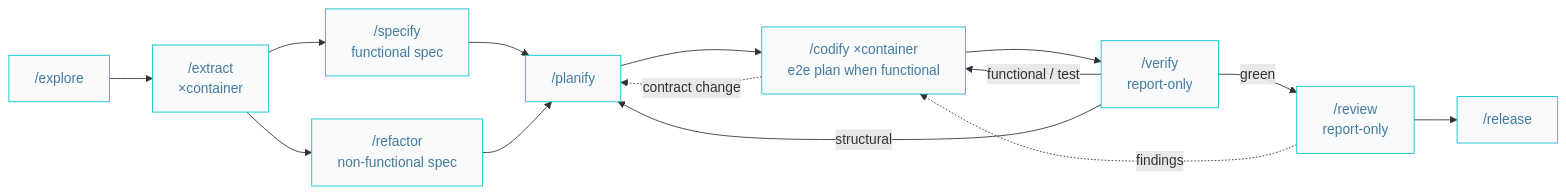
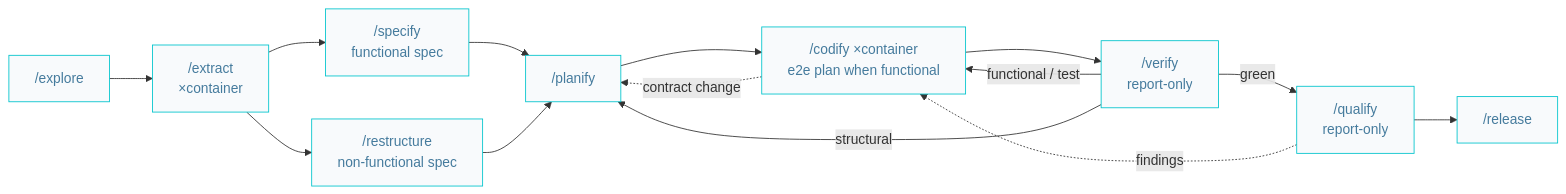
The third of 10 diagrams in docs/AIDD.workflow.md (AIDDbot/AIDDbot), drawn with Mermaid before and after one commit. The commit also changed other lines of this file and 28 other files, not shown here.

````diff
--- a/docs/AIDD.workflow.md
+++ b/docs/AIDD.workflow.md
@@ -63,19 +63,19 @@
 ```mermaid
 flowchart LR
   classDef nd fill:#f8fafc,stroke:#00c4cc,color:#457b9d
 
   EXP["/explore"]:::nd --> EXT["/extract<br/>×container"]:::nd
   EXT --> SPC["/specify<br/>functional spec"]:::nd
-  EXT --> REF["/refactor<br/>non-functional spec"]:::nd
+  EXT --> REF["/restructure<br/>non-functional spec"]:::nd
   SPC --> PLN["/planify"]:::nd
   REF --> PLN
   PLN --> COD["/codify ×container<br/>e2e plan when functional"]:::nd
   COD --> VER["/verify<br/>report-only"]:::nd
-  VER -->|green| REV["/review<br/>report-only"]:::nd
+  VER -->|green| REV["/qualify<br/>report-only"]:::nd
   REV --> REL["/release"]:::nd
 
   VER -->|functional / test| COD
   VER -->|structural| PLN
   REV -.findings.-> COD
   COD -.contract change.-> PLN
 ```
````
